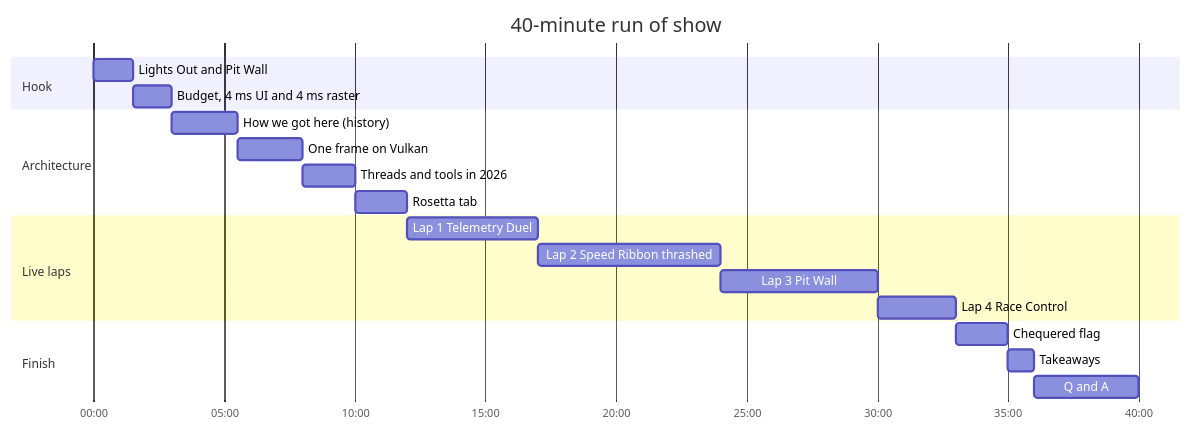
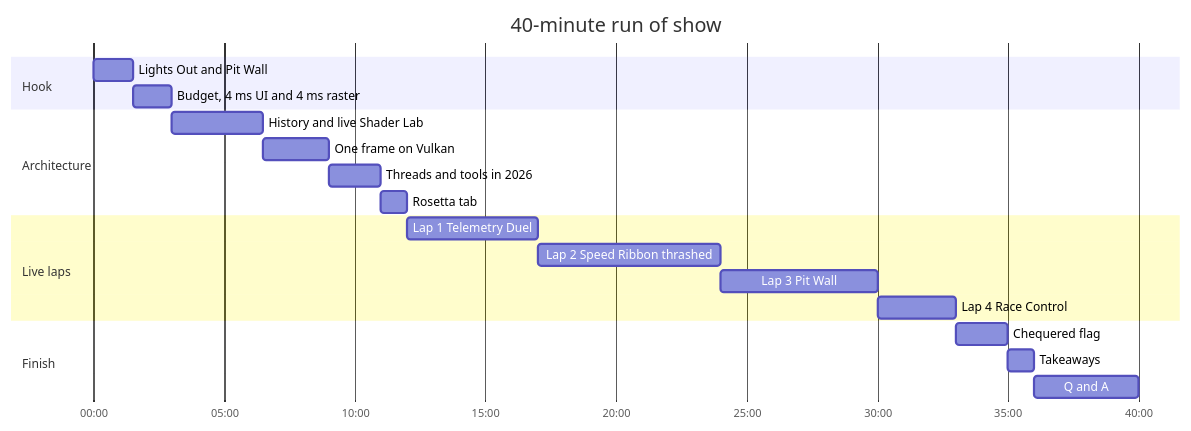
One commit to cm-collins/fluttercon-demo-app changed the second of 2 diagrams in docs/talk/talk-outline.md. Above: the diagram before and after it, drawn with Mermaid. The commit also changed other lines of this file and 12 other files, not shown here.

First line of the commit message:
📝 docs: add shared talk vocabulary and a live Skia vs Impeller Shader Lab

````diff
--- a/docs/talk/talk-outline.md
+++ b/docs/talk/talk-outline.md
@@ -49,23 +49,23 @@
 ```mermaid
 gantt
     title 40-minute run of show
     dateFormat mm:ss
     axisFormat %M:%S
     section Hook
     Lights Out and Pit Wall           :h1, 00:00, 90s
     Budget, 4 ms UI and 4 ms raster   :h2, after h1, 90s
     section Architecture
-    How we got here (history)         :a1, after h2, 150s
+    History and live Shader Lab       :a1, after h2, 210s
     One frame on Vulkan               :a2, after a1, 150s
     Threads and tools in 2026         :a3, after a2, 2m
-    Rosetta tab                       :a4, after a3, 2m
+    Rosetta tab                       :a4, after a3, 1m
     section Live laps
     Lap 1 Telemetry Duel              :l1, after a4, 5m
     Lap 2 Speed Ribbon thrashed       :l2, after l1, 7m
     Lap 3 Pit Wall                    :l3, after l2, 6m
     Lap 4 Race Control                :l4, after l3, 3m
     section Finish
     Chequered flag                    :f1, after l4, 2m
     Takeaways                         :f2, after f1, 1m
     Q and A                           :f3, after f2, 4m
 ```
````
